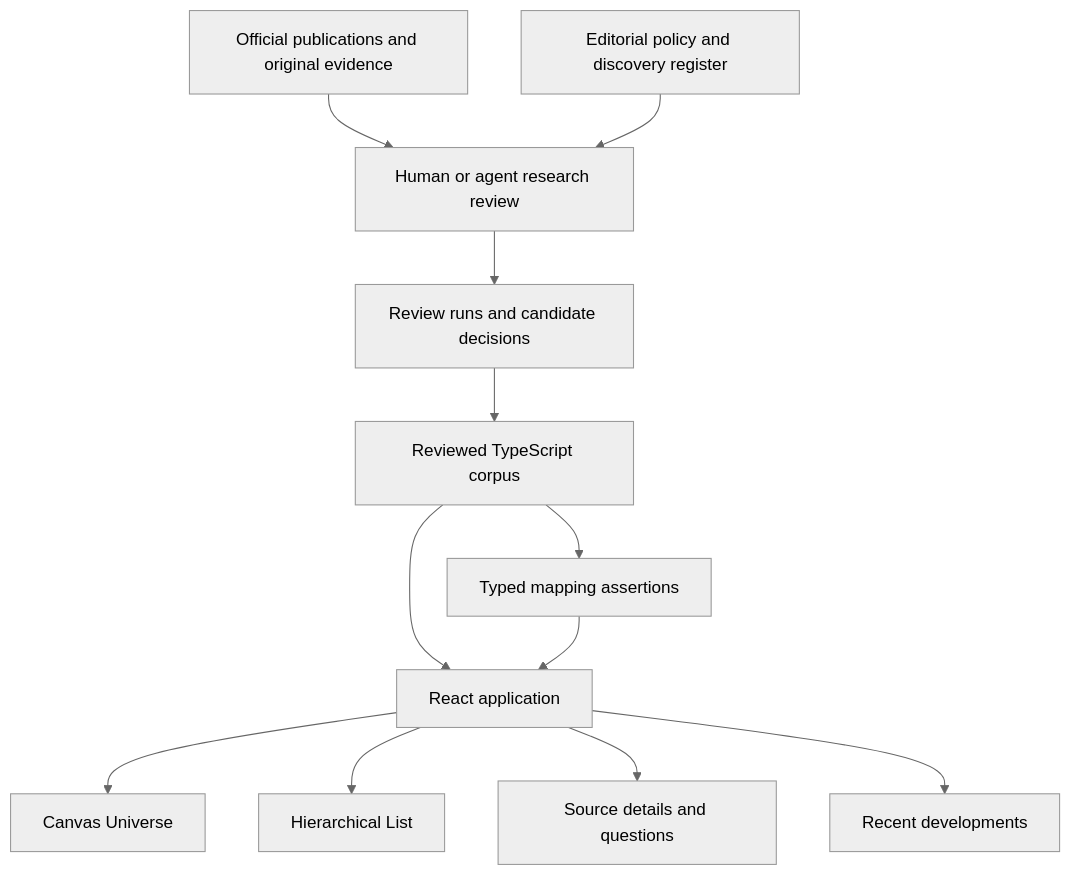
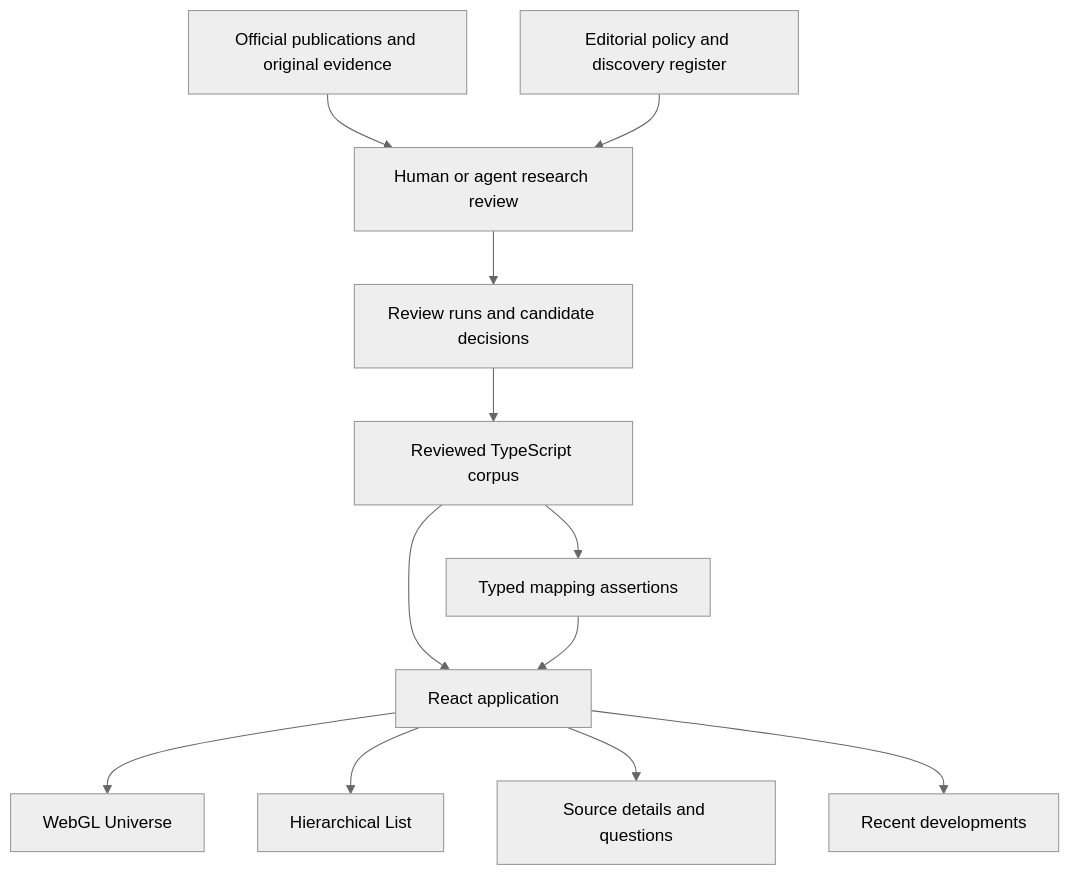
Before and after one commit to 9to5ai/ai-trust-atlas: the first of 7 diagrams in README.md, drawn with Mermaid (neutral theme). The commit also changed other lines of this file, not shown here.

````diff
--- a/README.md
+++ b/README.md
@@ -41,14 +41,14 @@
 ```mermaid
 flowchart TD
   Official[Official publications and original evidence] --> Review[Human or agent research review]
   Policy[Editorial policy and discovery register] --> Review
   Review --> Ledger[Review runs and candidate decisions]
   Ledger --> Corpus[Reviewed TypeScript corpus]
   Corpus --> Assertions[Typed mapping assertions]
   Corpus --> UI[React application]
   Assertions --> UI
-  UI --> Universe[Canvas Universe]
+  UI --> Universe[WebGL Universe]
   UI --> List[Hierarchical List]
   UI --> Inspector[Source details and questions]
   UI --> News[Recent developments]
 ```
````
